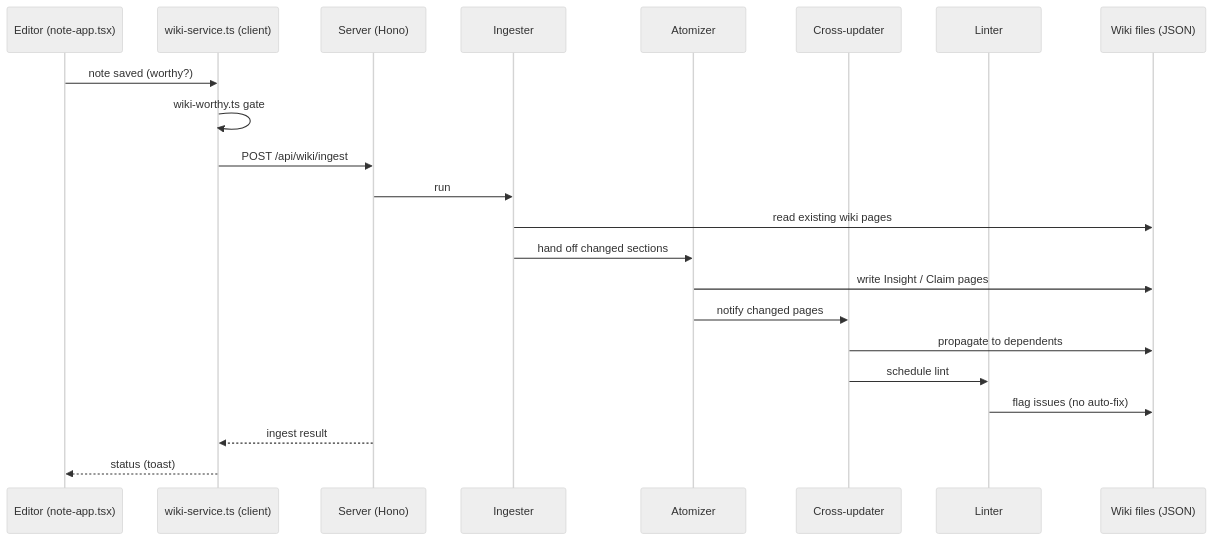
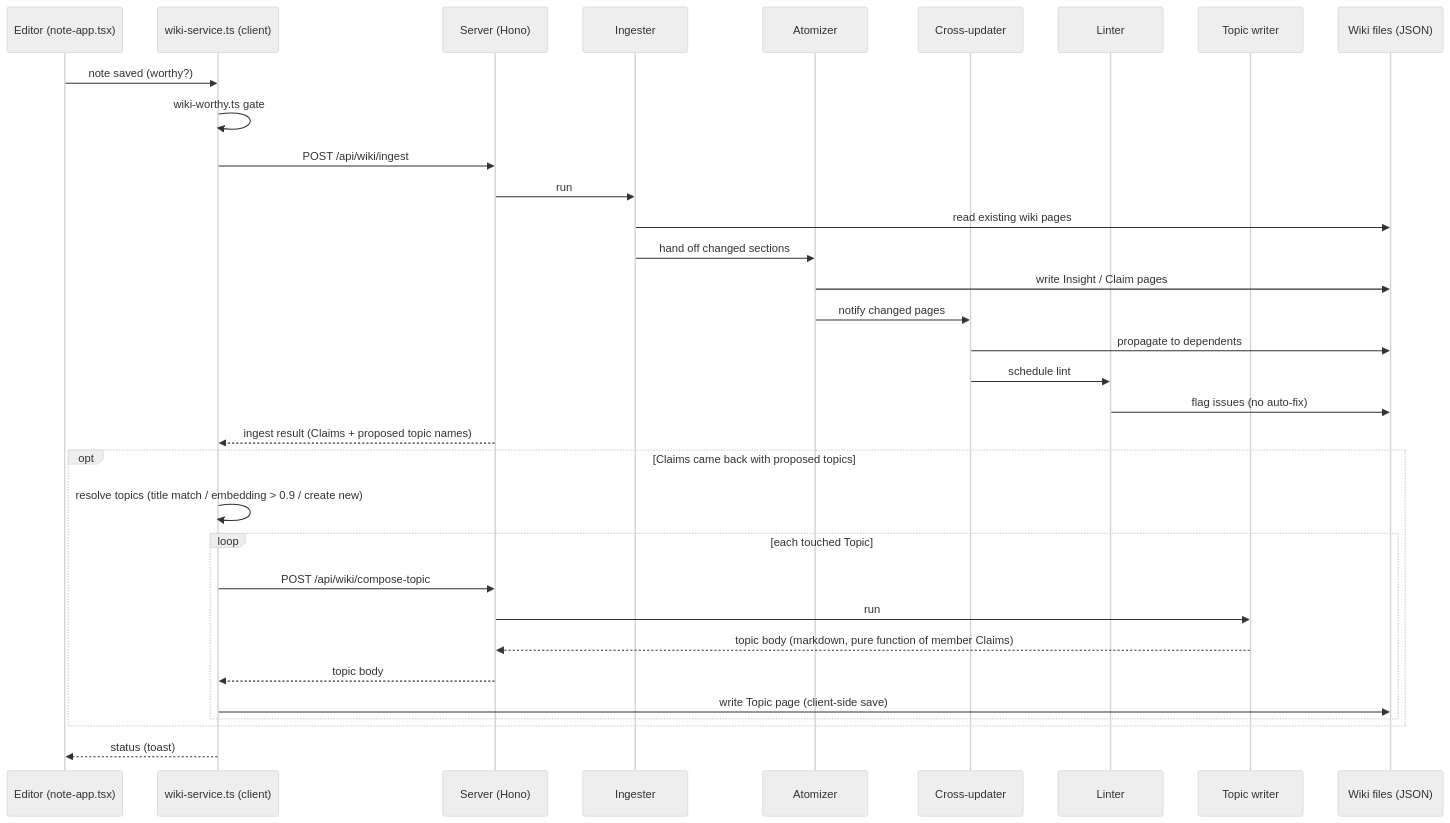
The second of 4 diagrams in docs/ARCHITECTURE.md (kumagallium/Graphium), drawn with Mermaid (neutral theme) before and after one commit. The commit also changed other lines of this file and 38 other files, not shown here.

First line of the commit message:
Add Topic pages that group claims by concept

````diff
--- a/docs/ARCHITECTURE.md
+++ b/docs/ARCHITECTURE.md
@@ -710,25 +713,36 @@
 ```mermaid
 sequenceDiagram
     participant E as Editor (note-app.tsx)
     participant W as wiki-service.ts (client)
     participant S as Server (Hono)
     participant I as Ingester
     participant A as Atomizer
     participant X as Cross-updater
     participant L as Linter
+    participant TW as Topic writer
     participant FS as Wiki files (JSON)
 
     E->>W: note saved (worthy?)
     W->>W: wiki-worthy.ts gate
     W->>S: POST /api/wiki/ingest
     S->>I: run
     I->>FS: read existing wiki pages
     I->>A: hand off changed sections
     A->>FS: write Insight / Claim pages
     A->>X: notify changed pages
     X->>FS: propagate to dependents
     X->>L: schedule lint
     L->>FS: flag issues (no auto-fix)
-    S-->>W: ingest result
+    S-->>W: ingest result (Claims + proposed topic names)
+    opt Claims came back with proposed topics
+        W->>W: resolve topics (title match / embedding > 0.9 / create new)
+        loop each touched Topic
+            W->>S: POST /api/wiki/compose-topic
+            S->>TW: run
+            TW-->>S: topic body (markdown, pure function of member Claims)
+            S-->>W: topic body
+            W->>FS: write Topic page (client-side save)
+        end
+    end
     W-->>E: status (toast)
 ```
````
